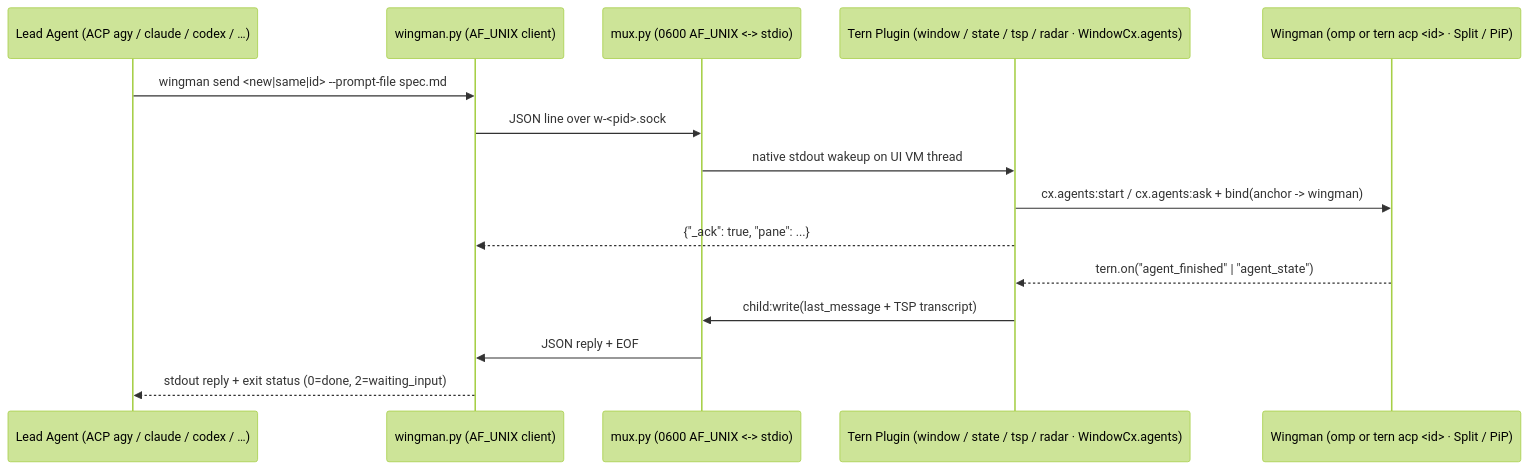
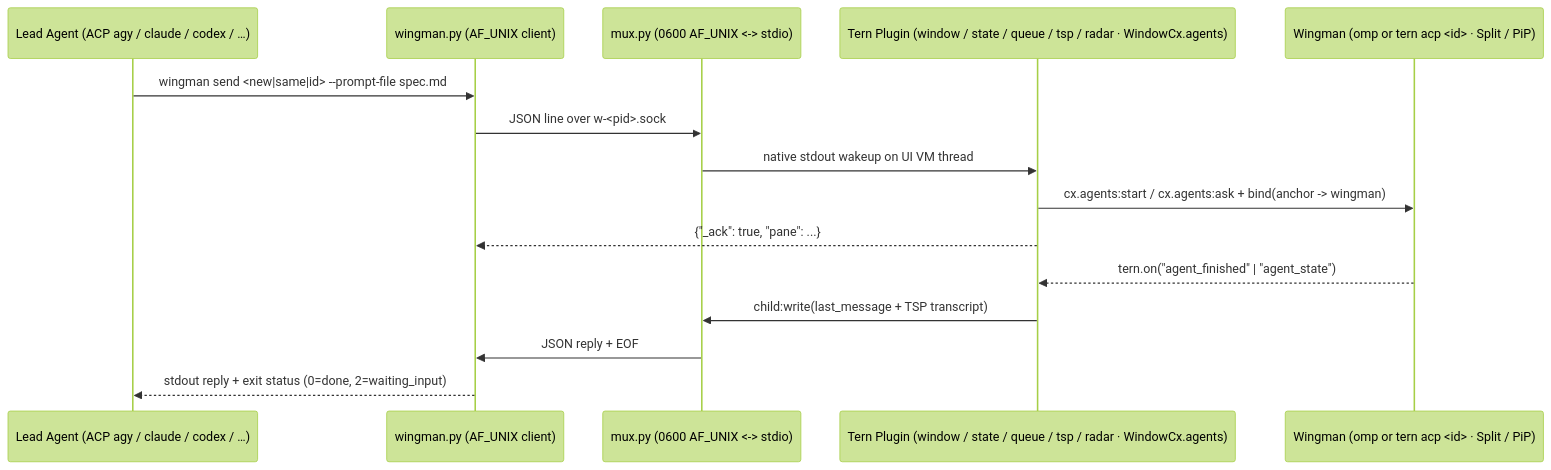
Before and after one commit to ninthcj/tern-wingman: the diagram in README.md, drawn with Mermaid (forest theme). The commit also changed other lines of this file and 11 other files, not shown here.

````diff
--- a/README.md
+++ b/README.md
@@ -36,18 +36,18 @@
 ```mermaid
 sequenceDiagram
     participant L as Lead Agent (ACP agy / claude / codex / …)
     participant W as wingman.py (AF_UNIX client)
     participant M as mux.py (0600 AF_UNIX <-> stdio)
-    participant P as Tern Plugin (window / state / tsp / radar · WindowCx.agents)
+    participant P as Tern Plugin (window / state / queue / tsp / radar · WindowCx.agents)
     participant O as Wingman (omp or tern acp <id> · Split / PiP)
 
     L->>W: wingman send <new|same|id> --prompt-file spec.md
     W->>M: JSON line over w-<pid>.sock
     M->>P: native stdout wakeup on UI VM thread
     P->>O: cx.agents:start / cx.agents:ask + bind(anchor -> wingman)
     P-->>W: {"_ack": true, "pane": ...}
     O-->>P: tern.on("agent_finished" | "agent_state")
     P->>M: child:write(last_message + TSP transcript)
     M->>W: JSON reply + EOF
     W-->>L: stdout reply + exit status (0=done, 2=waiting_input)
 ```
````
